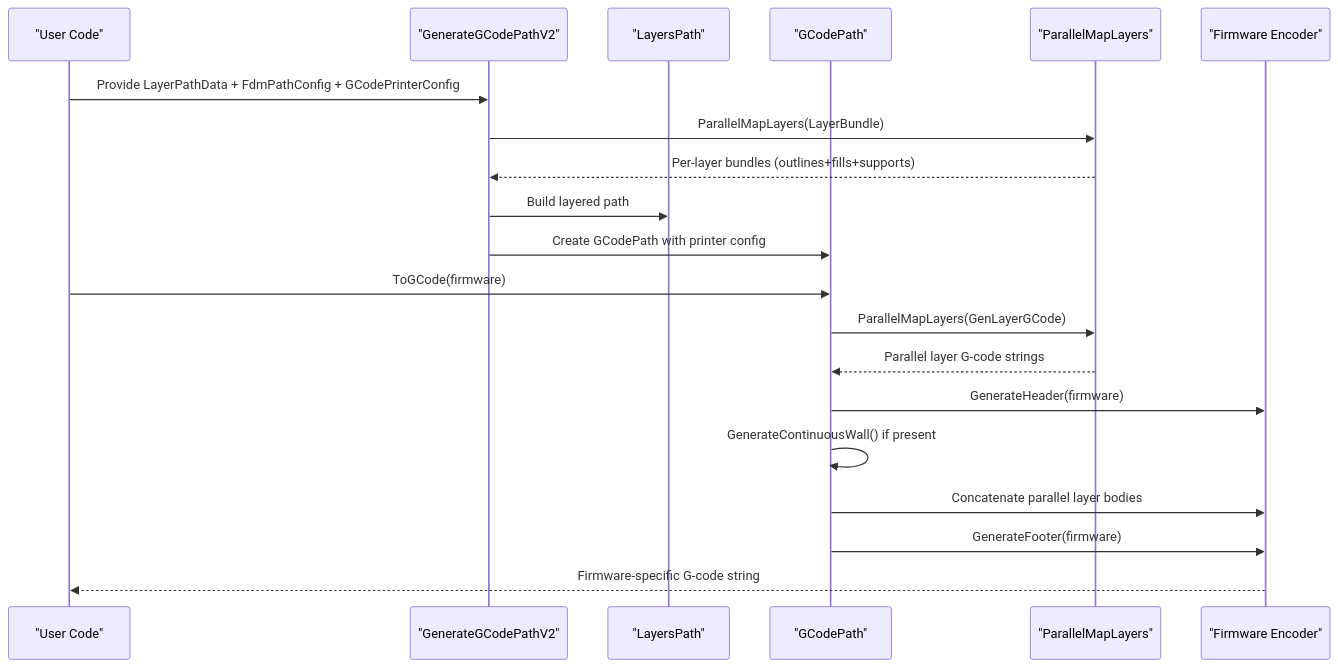
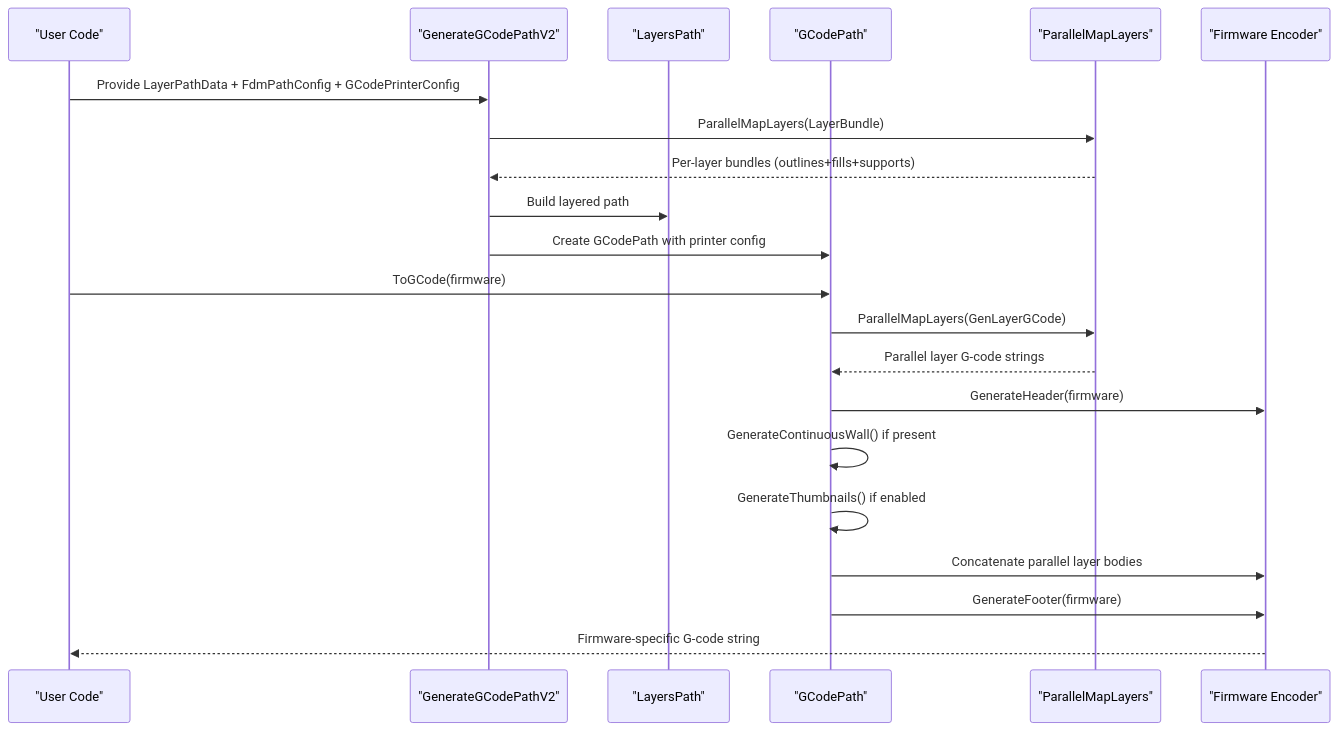
Before and after one commit to hsmbanlance/HsBaSlicer: the eighth of 15 diagrams in .qoder/repowiki/en/content/Core Modules/Path Generation (paths_, LibHsBaSlicer_Path_)/Path Generation (paths_, LibHsBaSlicer_Path_).md, drawn with Mermaid. The commit also changed other lines of this file and 101 other files, not shown here.

````diff
--- a/.qoder/repowiki/en/content/Core Modules/Path Generation (paths_, LibHsBaSlicer_Path_)/Path Generation (paths_, LibHsBaSlicer_Path_).md
+++ b/.qoder/repowiki/en/content/Core Modules/Path Generation (paths_, LibHsBaSlicer_Path_)/Path Generation (paths_, LibHsBaSlicer_Path_).md
@@ -348,22 +480,23 @@
 ```mermaid
 sequenceDiagram
 participant User as "User Code"
 participant Gen as "GenerateGCodePathV2"
 participant Lyr as "LayersPath"
 participant GC as "GCodePath"
 participant PM as "ParallelMapLayers"
 participant FW as "Firmware Encoder"
 User->>Gen : Provide LayerPathData + FdmPathConfig + GCodePrinterConfig
 Gen->>PM : ParallelMapLayers(LayerBundle)
 PM-->>Gen : Per-layer bundles (outlines+fills+supports)
 Gen->>Lyr : Build layered path
 Gen->>GC : Create GCodePath with printer config
 User->>GC : ToGCode(firmware)
 GC->>PM : ParallelMapLayers(GenLayerGCode)
 PM-->>GC : Parallel layer G-code strings
 GC->>FW : GenerateHeader(firmware)
 GC->>GC : GenerateContinuousWall() if present
+GC->>GC : GenerateThumbnails() if enabled
 GC->>FW : Concatenate parallel layer bodies
 GC->>FW : GenerateFooter(firmware)
 FW-->>User : Firmware-specific G-code string
 ```
````
